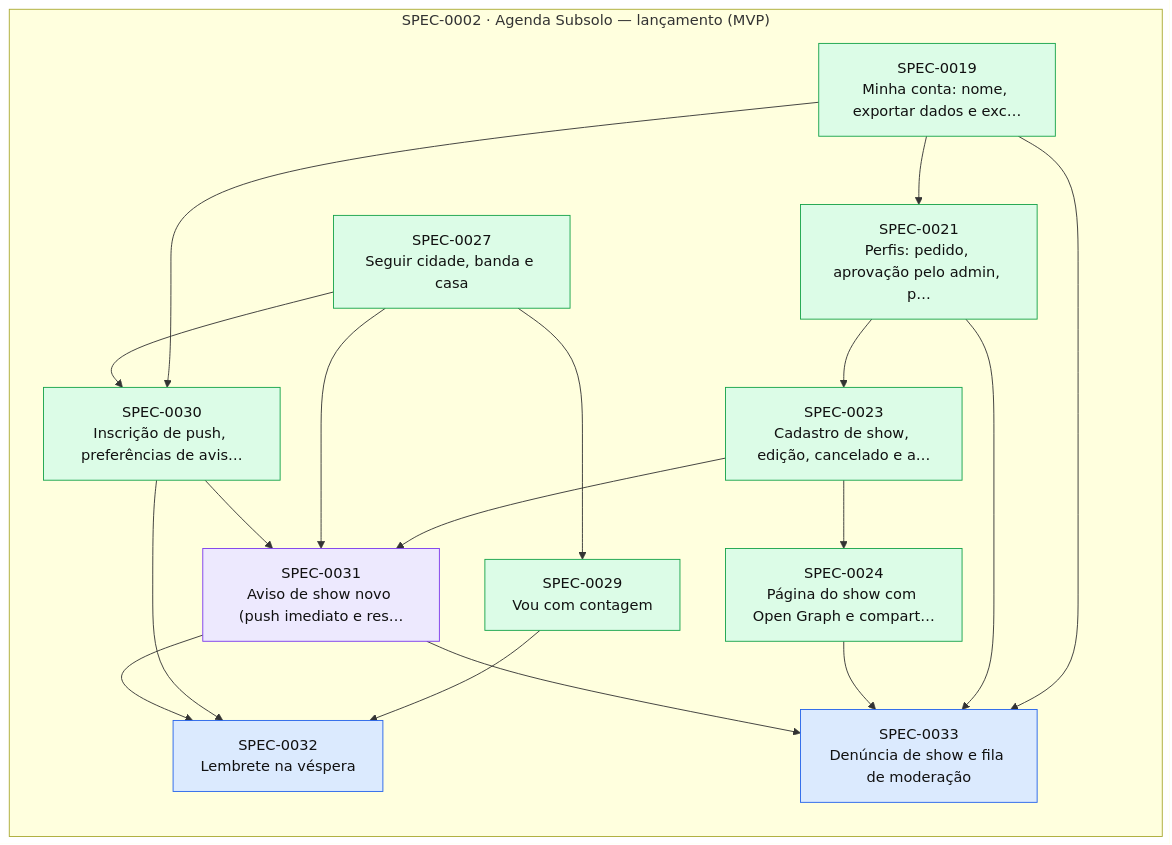
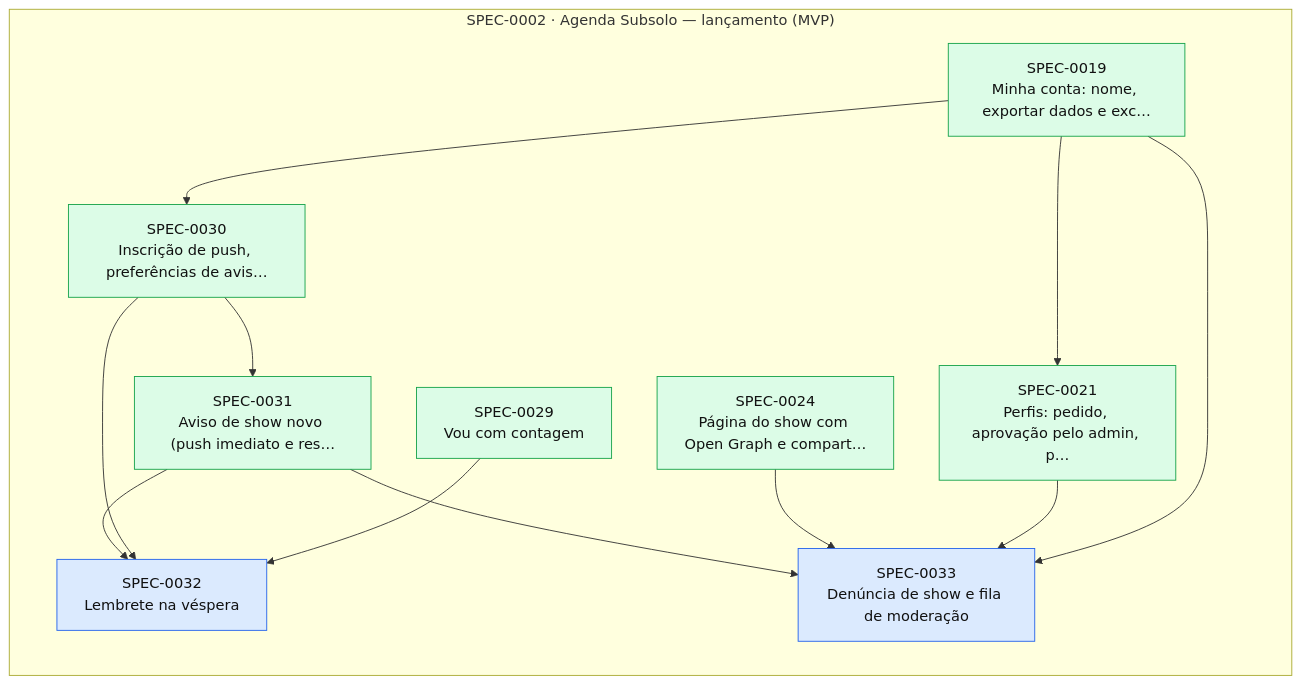
Before and after one commit to thomasravache/subsolo: the diagram in docs/specs/INDEX.md, drawn with Mermaid. The commit also changed other lines of this file and 3 other files, not shown here.

````diff
--- a/docs/specs/INDEX.md
+++ b/docs/specs/INDEX.md
@@ -68,36 +67,28 @@
 ```mermaid
 flowchart LR
   subgraph E0002["SPEC-0002 · Agenda Subsolo — lançamento (MVP)"]
     S0019["SPEC-0019<br/>Minha conta: nome, exportar dados e exc…"]:::implemented
     S0021["SPEC-0021<br/>Perfis: pedido, aprovação pelo admin, p…"]:::implemented
-    S0023["SPEC-0023<br/>Cadastro de show, edição, cancelado e a…"]:::implemented
     S0024["SPEC-0024<br/>Página do show com Open Graph e compart…"]:::implemented
-    S0027["SPEC-0027<br/>Seguir cidade, banda e casa"]:::implemented
     S0029["SPEC-0029<br/>Vou com contagem"]:::implemented
     S0030["SPEC-0030<br/>Inscrição de push, preferências de avis…"]:::implemented
-    S0031["SPEC-0031<br/>Aviso de show novo (push imediato e res…"]:::inprogress
+    S0031["SPEC-0031<br/>Aviso de show novo (push imediato e res…"]:::implemented
     S0032["SPEC-0032<br/>Lembrete na véspera"]:::approved
     S0033["SPEC-0033<br/>Denúncia de show e fila de moderação"]:::approved
   end
   S0019 --> S0021
-  S0021 --> S0023
-  S0023 --> S0024
-  S0027 --> S0029
   S0019 --> S0030
-  S0027 --> S0030
-  S0023 --> S0031
-  S0027 --> S0031
   S0030 --> S0031
   S0029 --> S0032
   S0030 --> S0032
   S0031 --> S0032
   S0019 --> S0033
   S0021 --> S0033
   S0024 --> S0033
   S0031 --> S0033
   classDef proposed fill:#fef3c7,stroke:#d97706,color:#111
   classDef approved fill:#dbeafe,stroke:#2563eb,color:#111
   classDef inprogress fill:#ede9fe,stroke:#7c3aed,color:#111
   classDef implemented fill:#dcfce7,stroke:#16a34a,color:#111
   classDef deprecated fill:#f3f4f6,stroke:#9ca3af,color:#6b7280
 ```
````
